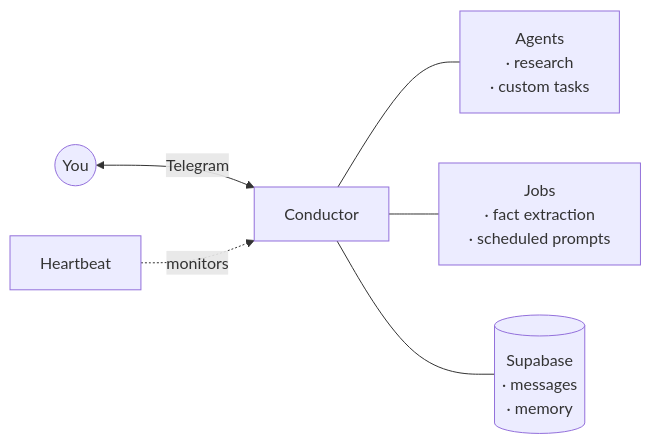
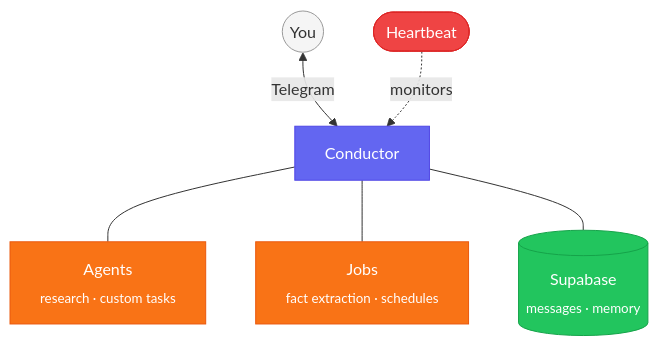
The diagram in README.md (daydemir/muavin), drawn with Mermaid before and after one commit.

Commit message:
Improve README architecture diagram with colors and layout fix
Use <br/> for line breaks (GitHub mermaid compat), switch to TD layout
with Heartbeat to the side, add color palette for visual clarity.

````diff
--- a/README.md
+++ b/README.md
@@ -29,10 +29,17 @@
 ```mermaid
-flowchart LR
-    You((You)) <-->|Telegram| Conductor["Conductor"]
+flowchart TD
+    You((You)) <-->|Telegram| Conductor
 
-    Conductor --- Agents["Agents\n∙ research\n∙ custom tasks"]
-    Conductor --- Jobs["Jobs\n∙ fact extraction\n∙ scheduled prompts"]
-    Conductor --- Supabase[("Supabase\n∙ messages\n∙ memory")]
+    Conductor --- Agents["Agents<br/><sub>research · custom tasks</sub>"]
+    Conductor --- Jobs["Jobs<br/><sub>fact extraction · schedules</sub>"]
+    Conductor --- Supabase[("Supabase<br/><sub>messages · memory</sub>")]
 
-    Heartbeat["Heartbeat"] -.->|monitors| Conductor
+    Heartbeat(["Heartbeat"]) -.->|monitors| Conductor
+
+    style You fill:#f5f5f5,stroke:#999,color:#333
+    style Conductor fill:#6366f1,stroke:#4f46e5,color:#fff
+    style Agents fill:#f97316,stroke:#ea580c,color:#fff
+    style Jobs fill:#f97316,stroke:#ea580c,color:#fff
+    style Supabase fill:#22c55e,stroke:#16a34a,color:#fff
+    style Heartbeat fill:#ef4444,stroke:#dc2626,color:#fff
 ```
````
